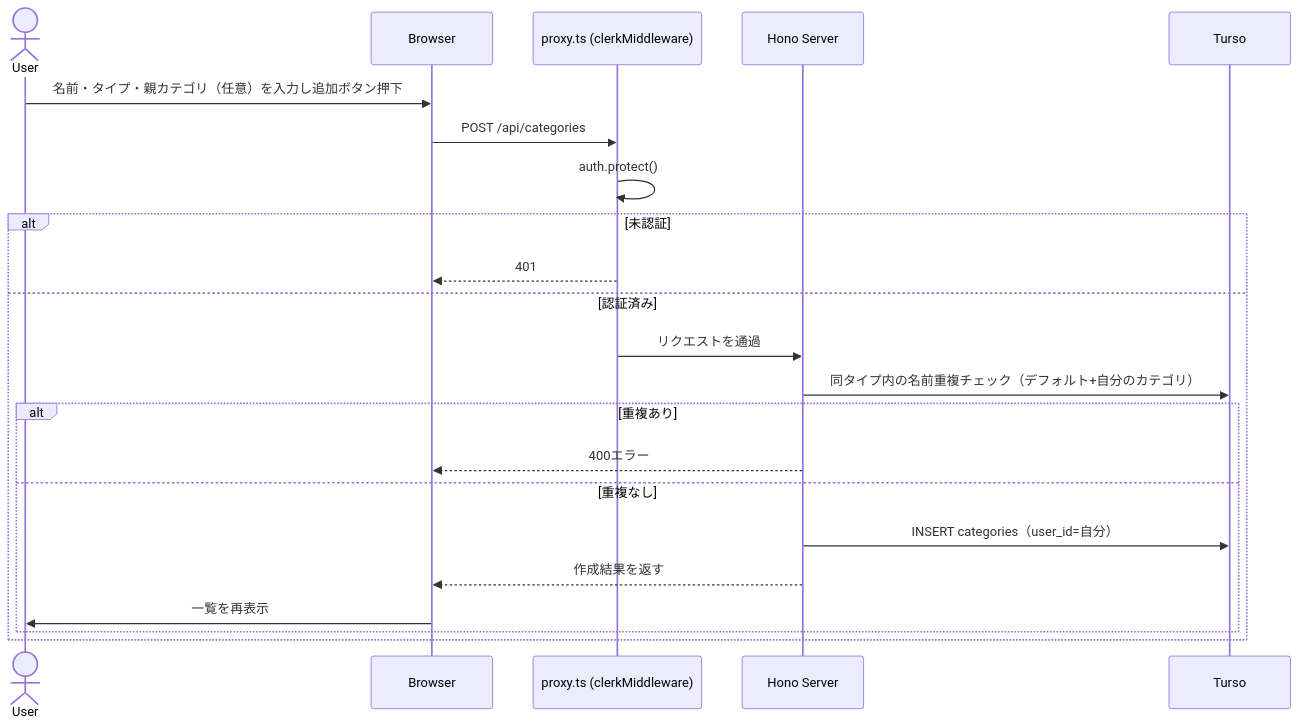
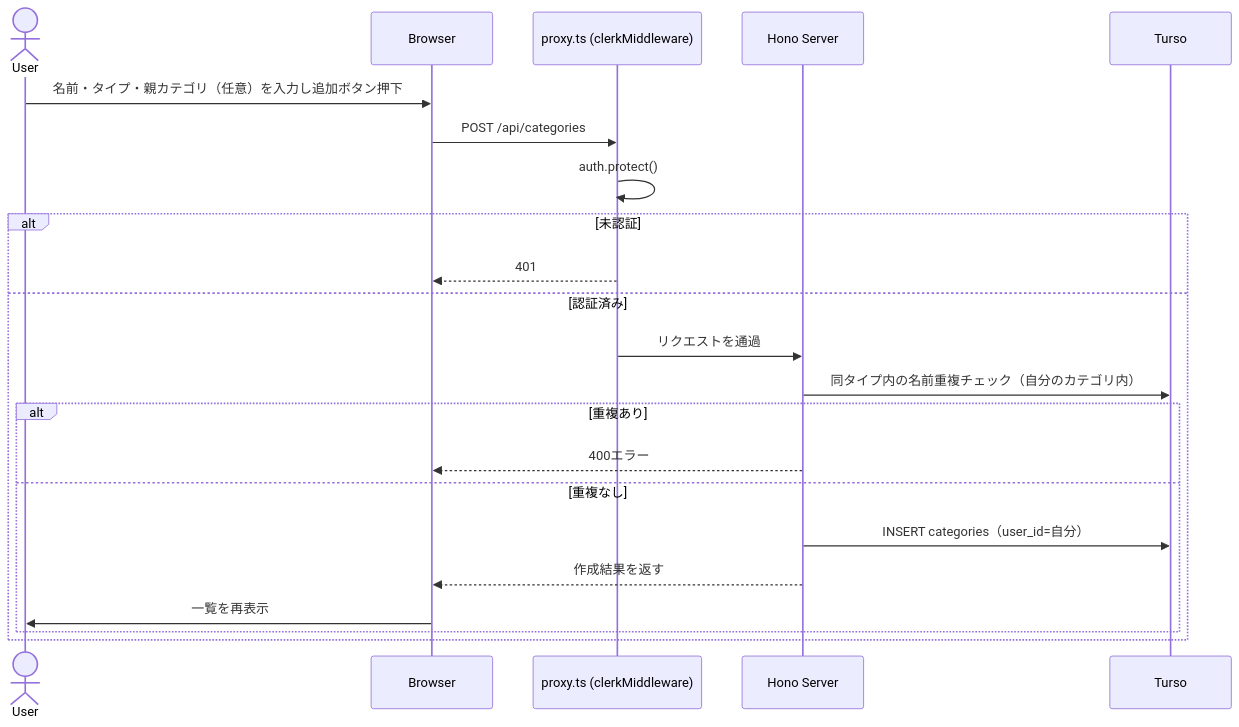
The second of 7 diagrams in docs/specs/features/categories.md (toshiki-s1892/my-kakeibo-app), drawn with Mermaid before and after one commit. The commit also changed other lines of this file and 101 other files, not shown here.

````diff
--- a/docs/specs/features/categories.md
+++ b/docs/specs/features/categories.md
@@ -147,25 +142,25 @@
 ```mermaid
 sequenceDiagram
     actor User
     participant Browser
     participant Proxy as proxy.ts (clerkMiddleware)
     participant Server as Hono Server
     participant DB as Turso
 
     User->>Browser: 名前・タイプ・親カテゴリ（任意）を入力し追加ボタン押下
     Browser->>Proxy: POST /api/categories
     Proxy->>Proxy: auth.protect()
     alt 未認証
         Proxy-->>Browser: 401
     else 認証済み
         Proxy->>Server: リクエストを通過
-        Server->>DB: 同タイプ内の名前重複チェック（デフォルト+自分のカテゴリ）
+        Server->>DB: 同タイプ内の名前重複チェック（自分のカテゴリ内）
         alt 重複あり
             Server-->>Browser: 400エラー
         else 重複なし
             Server->>DB: INSERT categories（user_id=自分）
             Server-->>Browser: 作成結果を返す
             Browser->>User: 一覧を再表示
         end
     end
 ```
````
